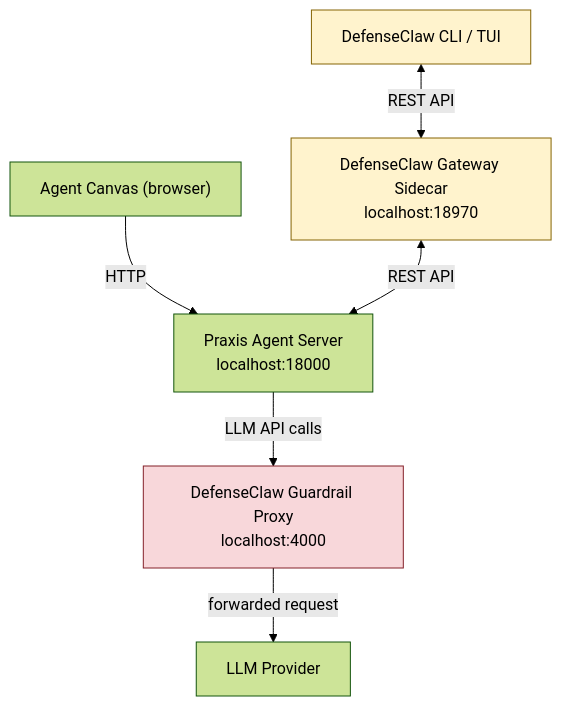
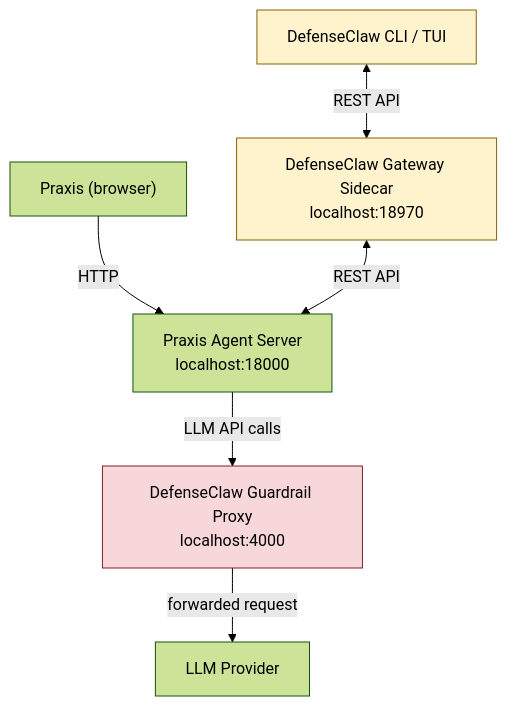
One commit to Praxiss-Lab/Praxis changed the diagram in docs/DefenseClaw.md. Above: the diagram before and after it, drawn with Mermaid (forest theme). The commit also changed other lines of this file and 5 other files, not shown here.

````diff
--- a/docs/DefenseClaw.md
+++ b/docs/DefenseClaw.md
@@ -11,19 +11,19 @@
 ```mermaid
 flowchart TD
-    UI["Agent Canvas (browser)"]
+    UI["Praxis (browser)"]
     AS["Praxis Agent Server\nlocalhost:18000"]
     GP["DefenseClaw Guardrail Proxy\nlocalhost:4000"]
     LLM["LLM Provider"]
     GW["DefenseClaw Gateway Sidecar\nlocalhost:18970"]
     CLI["DefenseClaw CLI / TUI"]
 
     UI -->|HTTP| AS
     AS -->|LLM API calls| GP
     GP -->|forwarded request| LLM
     GW <-->|REST API| AS
     CLI <-->|REST API| GW
 
     style GW fill:#fff3cd,stroke:#856404
     style CLI fill:#fff3cd,stroke:#856404
     style GP fill:#f8d7da,stroke:#842029
 ```
````
